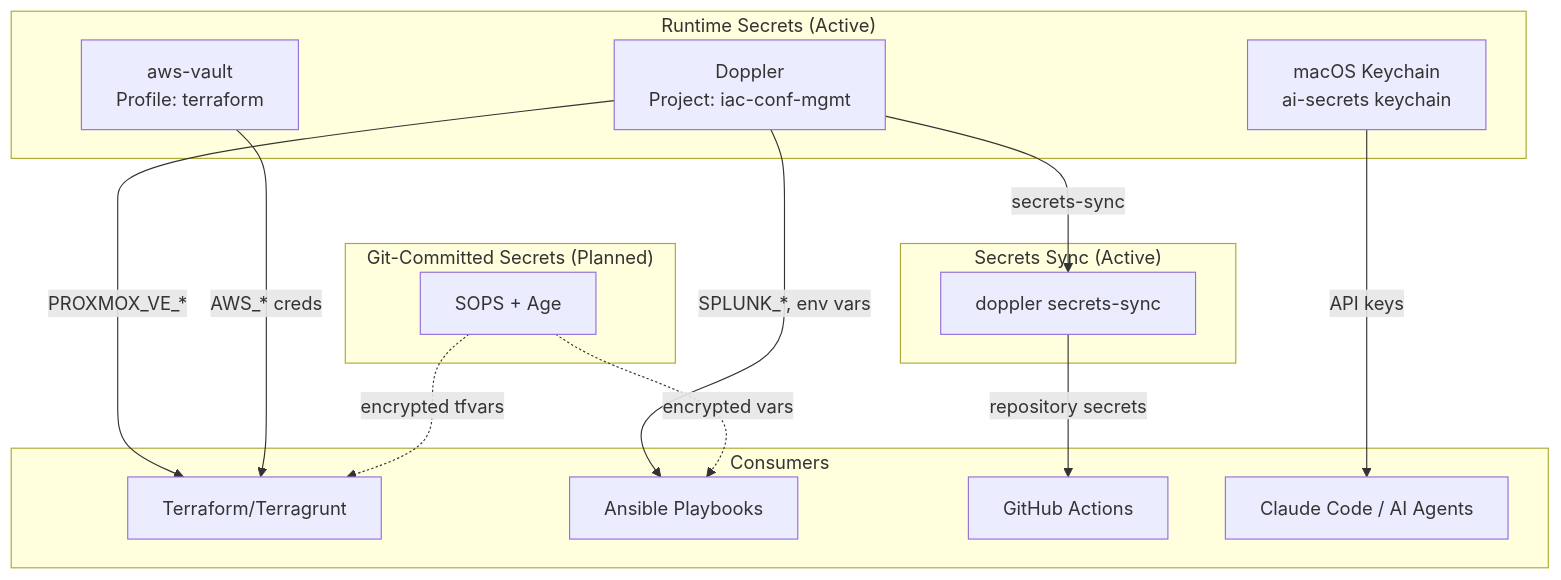
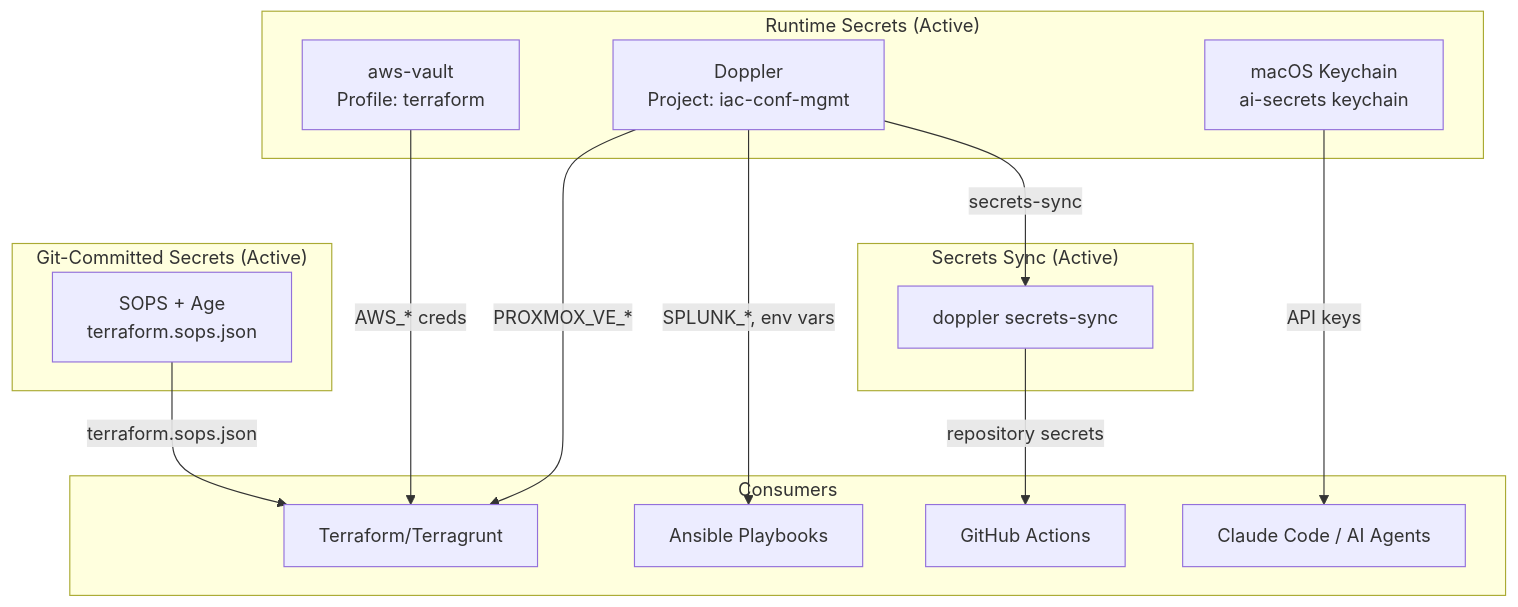
The third of 3 diagrams in docs/ARCHITECTURE.md (JacobPEvans/terraform-proxmox), drawn with Mermaid before and after one commit. The commit also changed other lines of this file and 1 other file, not shown here.

First line of the commit message:
docs(architecture): align with Cribl two-tier pipeline and Samba NAS reality (#267)

````diff
--- a/docs/ARCHITECTURE.md
+++ b/docs/ARCHITECTURE.md
@@ -92,32 +107,31 @@
 ```mermaid
 flowchart TD
     subgraph Runtime["Runtime Secrets (Active)"]
         DOP[Doppler<br/>Project: iac-conf-mgmt]
         AV[aws-vault<br/>Profile: terraform]
         KC[macOS Keychain<br/>ai-secrets keychain]
     end
 
     subgraph Sync["Secrets Sync (Active)"]
         DS[doppler secrets-sync]
     end
 
-    subgraph GitCommitted["Git-Committed Secrets (Planned)"]
-        SOPS[SOPS + Age]
+    subgraph GitCommitted["Git-Committed Secrets (Active)"]
+        SOPS[SOPS + Age<br/>terraform.sops.json]
     end
 
     subgraph Consumers["Consumers"]
         TF[Terraform/Terragrunt]
         ANS[Ansible Playbooks]
         GHA[GitHub Actions]
         AI[Claude Code / AI Agents]
     end
 
     DOP -->|PROXMOX_VE_*| TF
     DOP -->|SPLUNK_*, env vars| ANS
     DOP -->|secrets-sync| DS
     DS -->|repository secrets| GHA
     AV -->|AWS_* creds| TF
     KC -->|API keys| AI
-    SOPS -.->|encrypted tfvars| TF
-    SOPS -.->|encrypted vars| ANS
+    SOPS -->|terraform.sops.json| TF
 ```
````
